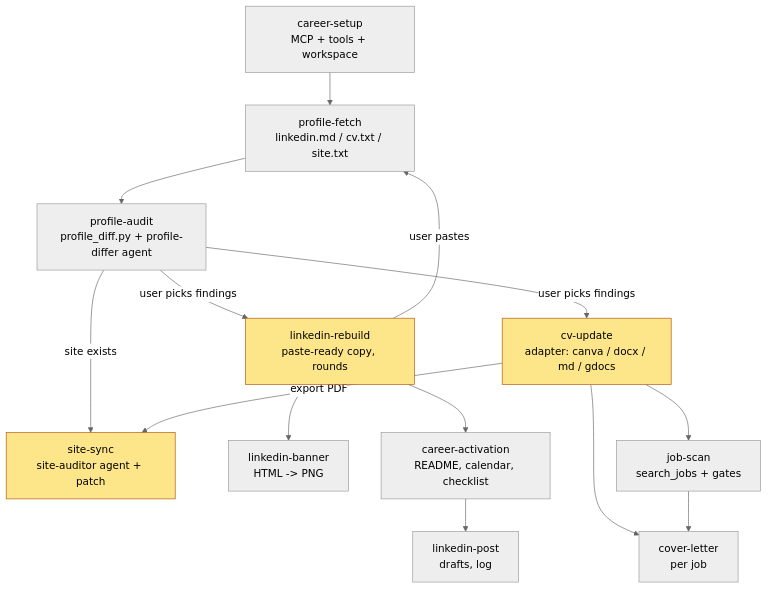
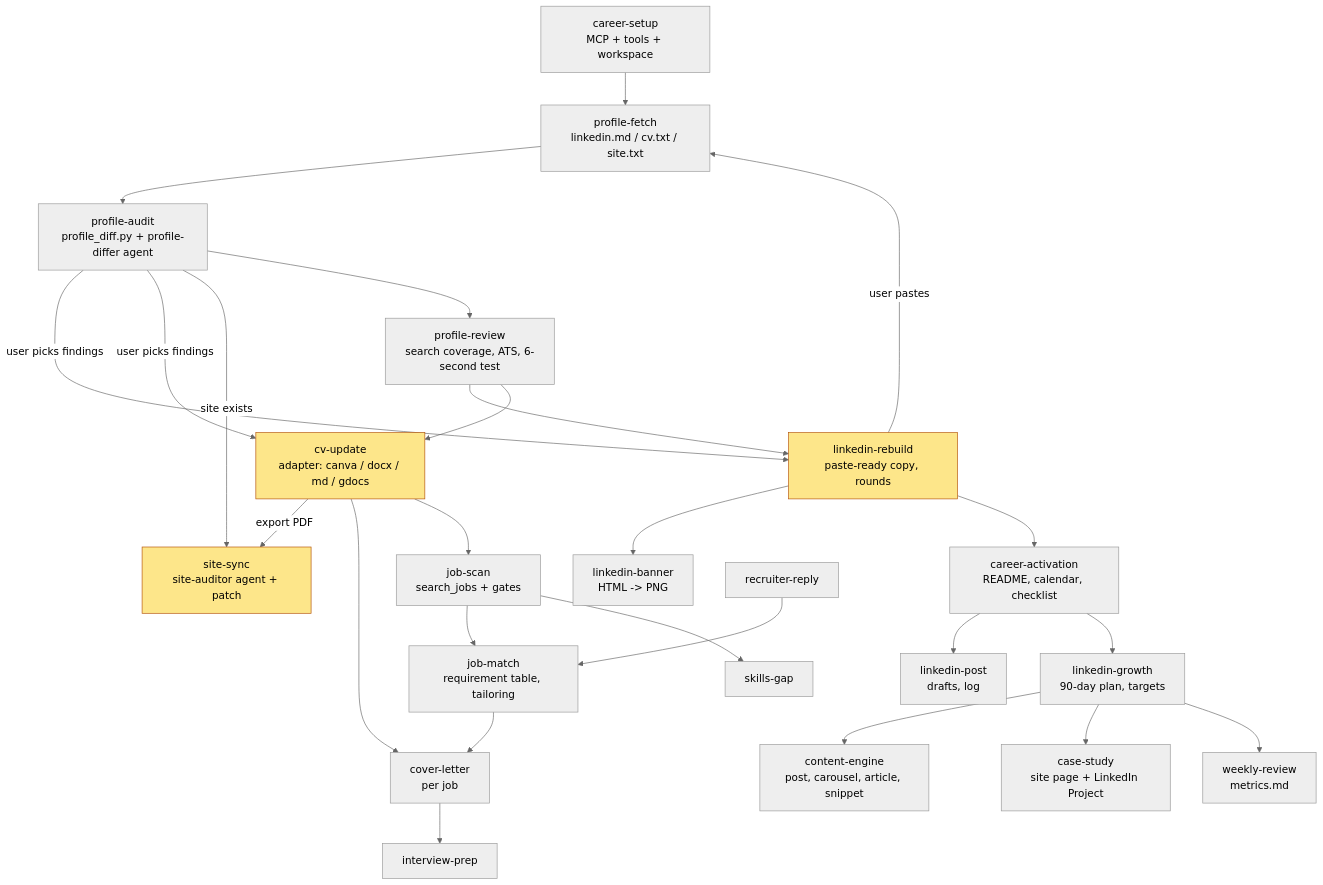
One commit to surohak/career-agents changed the diagram in docs/flow.md. Above: the diagram before and after it, drawn with Mermaid (neutral theme). The commit also changed other lines of this file and 14 other files, not shown here.

Commit message:
Add growth, review, reply, content, case-study, match, weekly review, interview prep, skills gap

````diff
--- a/docs/flow.md
+++ b/docs/flow.md
@@ -3,18 +3,29 @@
 ```mermaid
 flowchart TD
   S0[career-setup<br/>MCP + tools + workspace] --> S1[profile-fetch<br/>linkedin.md / cv.txt / site.txt]
   S1 --> S2[profile-audit<br/>profile_diff.py + profile-differ agent]
   S2 -->|user picks findings| S3[linkedin-rebuild<br/>paste-ready copy, rounds]
   S2 -->|user picks findings| S5[cv-update<br/>adapter: canva / docx / md / gdocs]
   S2 -->|site exists| S6[site-sync<br/>site-auditor agent + patch]
   S3 --> S4[linkedin-banner<br/>HTML -> PNG]
   S3 -->|user pastes| S1
   S5 -->|export PDF| S6
   S5 --> S7[cover-letter<br/>per job]
   S3 --> S8[career-activation<br/>README, calendar, checklist]
   S8 --> S9[linkedin-post<br/>drafts, log]
   S5 --> S10[job-scan<br/>search_jobs + gates]
-  S10 --> S7
+  S10 --> S11[job-match<br/>requirement table, tailoring]
+  S11 --> S7
+  S7 --> S12[interview-prep]
+  S2 --> S13[profile-review<br/>search coverage, ATS, 6-second test]
+  S13 --> S3
+  S13 --> S5
+  S8 --> S14[linkedin-growth<br/>90-day plan, targets]
+  S14 --> S15[content-engine<br/>post, carousel, article, snippet]
+  S14 --> S16[case-study<br/>site page + LinkedIn Project]
+  S14 --> S17[weekly-review<br/>metrics.md]
+  S10 --> S18[skills-gap]
+  S19[recruiter-reply] --> S11
   classDef gate fill:#fde68a,stroke:#b45309,color:#000;
   class S3,S5,S6 gate;
 ```
````
